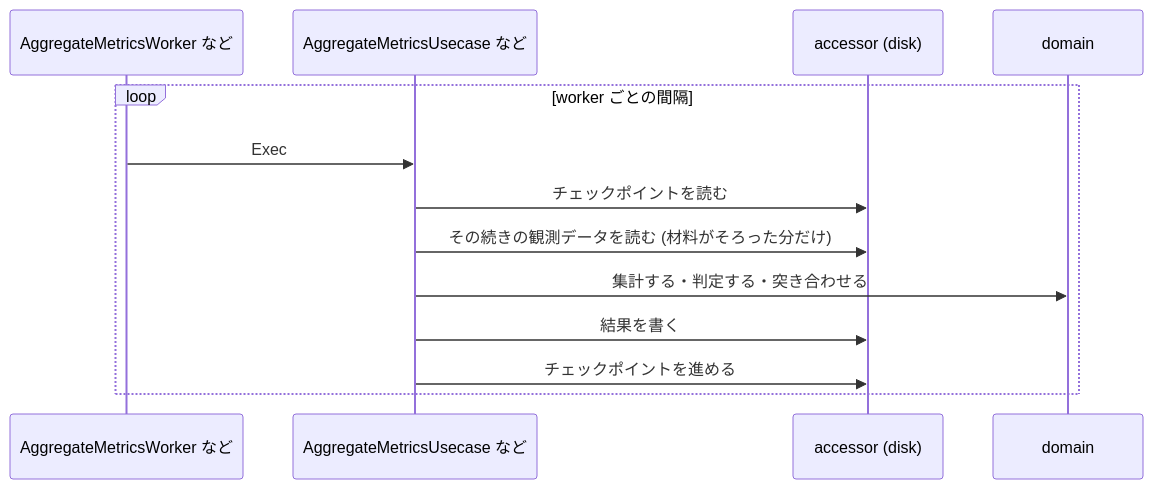
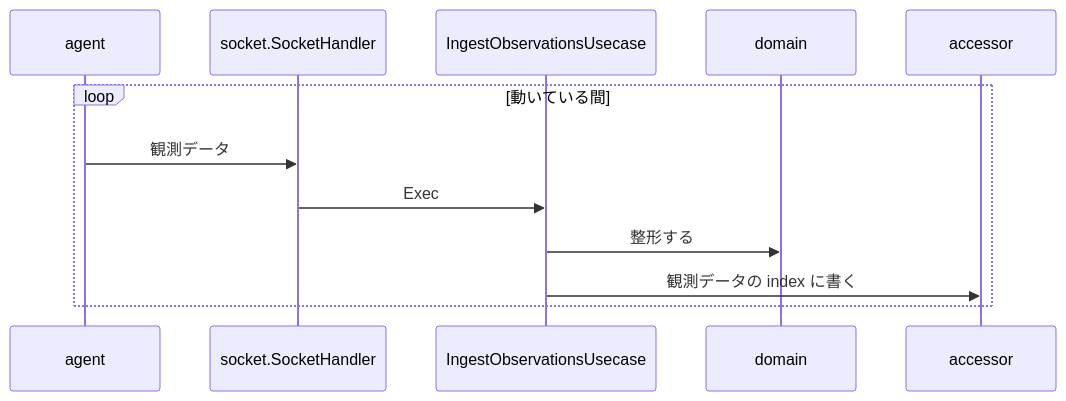
The eighth of 12 diagrams in docs/architecture.md (kakkky/gorviz), drawn with Mermaid before and after one commit. The commit also changed other lines of this file, not shown here.

Commit message:
docs: rework the architecture for the local tool with one gorviz binary holding the server and the cli, layer the agent injected into the app through an overlay, talk to it over one socket defined in agentsocket, and keep package names short with the details in type names

````diff
--- a/docs/architecture.md
+++ b/docs/architecture.md
@@ -387,16 +333,15 @@
 ```mermaid
 sequenceDiagram
-    participant W as AggregateMetricsWorker など
-    participant U as AggregateMetricsUsecase など
-    participant A as accessor (disk)
+    participant A as agent
+    participant R as socket.SocketHandler
+    participant U as IngestObservationsUsecase
     participant D as domain
+    participant AC as accessor
 
-    loop worker ごとの間隔
-        W->>U: Exec
-        U->>A: チェックポイントを読む
-        U->>A: その続きの観測データを読む (材料がそろった分だけ)
-        U->>D: 集計する・判定する・突き合わせる
-        U->>A: 結果を書く
-        U->>A: チェックポイントを進める
+    loop 動いている間
+        A->>R: 観測データ
+        R->>U: Exec
+        U->>D: 整形する
+        U->>AC: 観測データの index に書く
     end
 ```
````
